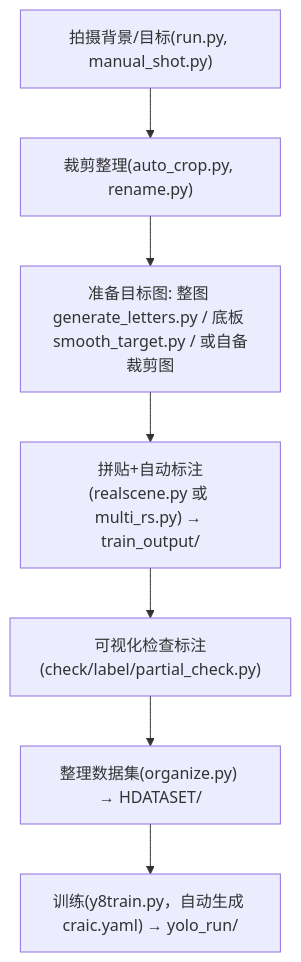
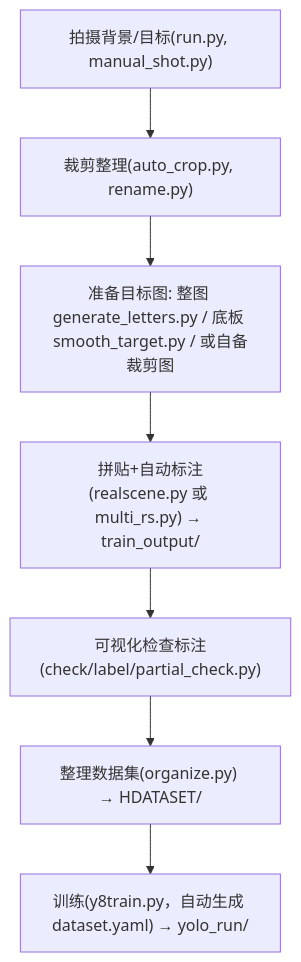
The diagram in README.md (consefact/Realscene-Yolo), drawn with Mermaid before and after one commit. The commit also changed other lines of this file and 6 other files, not shown here.

First line of the commit message:
Rename dataset descriptor files from craic to dataset

````diff
--- a/README.md
+++ b/README.md
@@ -41,9 +41,9 @@
 ```mermaid
 graph TD
     A["拍摄背景/目标(run.py, manual_shot.py)"] --> B["裁剪整理(auto_crop.py, rename.py)"]
     B --> C["准备目标图: 整图 generate_letters.py / 底板 smooth_target.py / 或自备裁剪图"]
     C --> D["拼贴+自动标注(realscene.py 或 multi_rs.py) → train_output/"]
     D --> E["可视化检查标注(check/label/partial_check.py)"]
     E --> F["整理数据集(organize.py) → HDATASET/"]
-    F --> G["训练(y8train.py，自动生成 craic.yaml) → yolo_run/"]
+    F --> G["训练(y8train.py，自动生成 dataset.yaml) → yolo_run/"]
 ```
````
